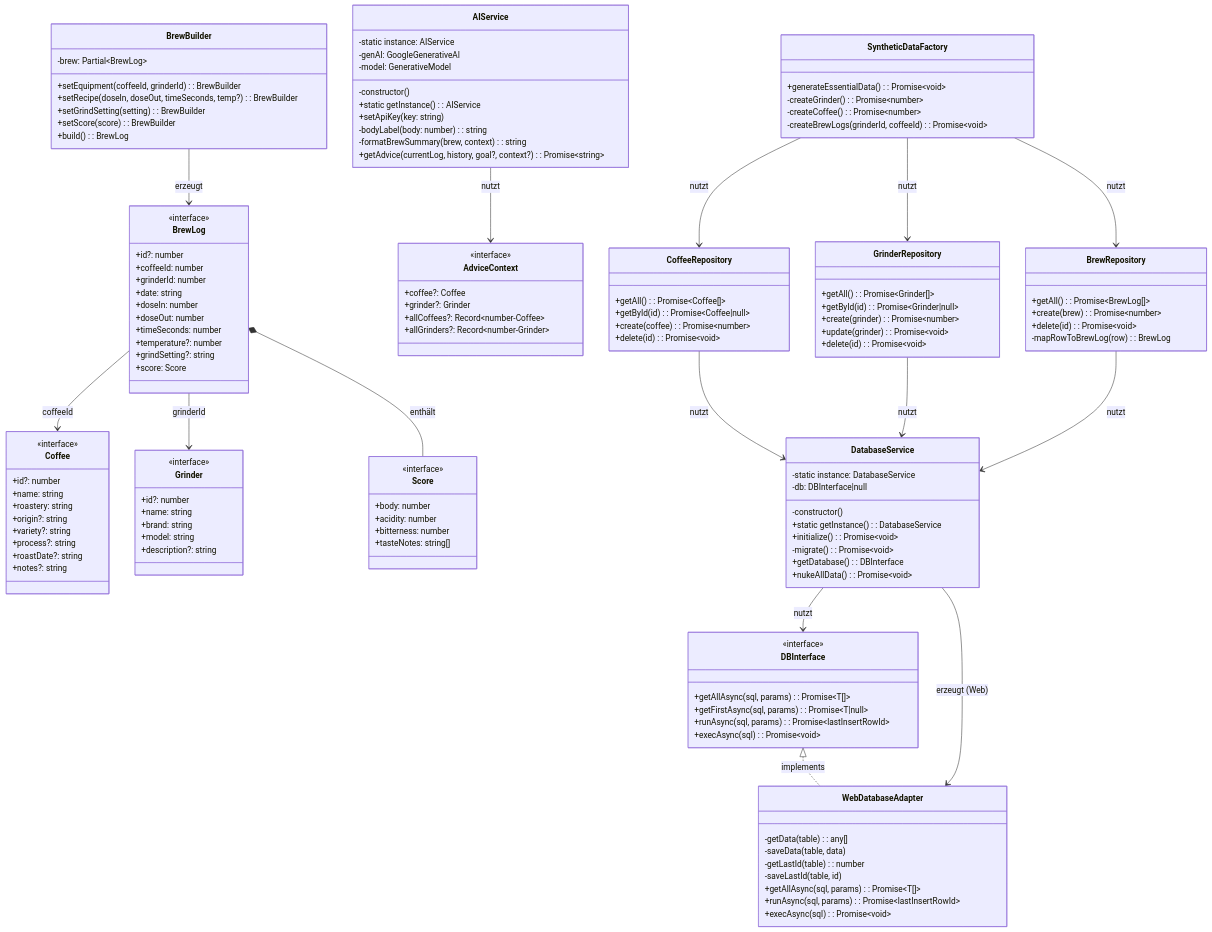
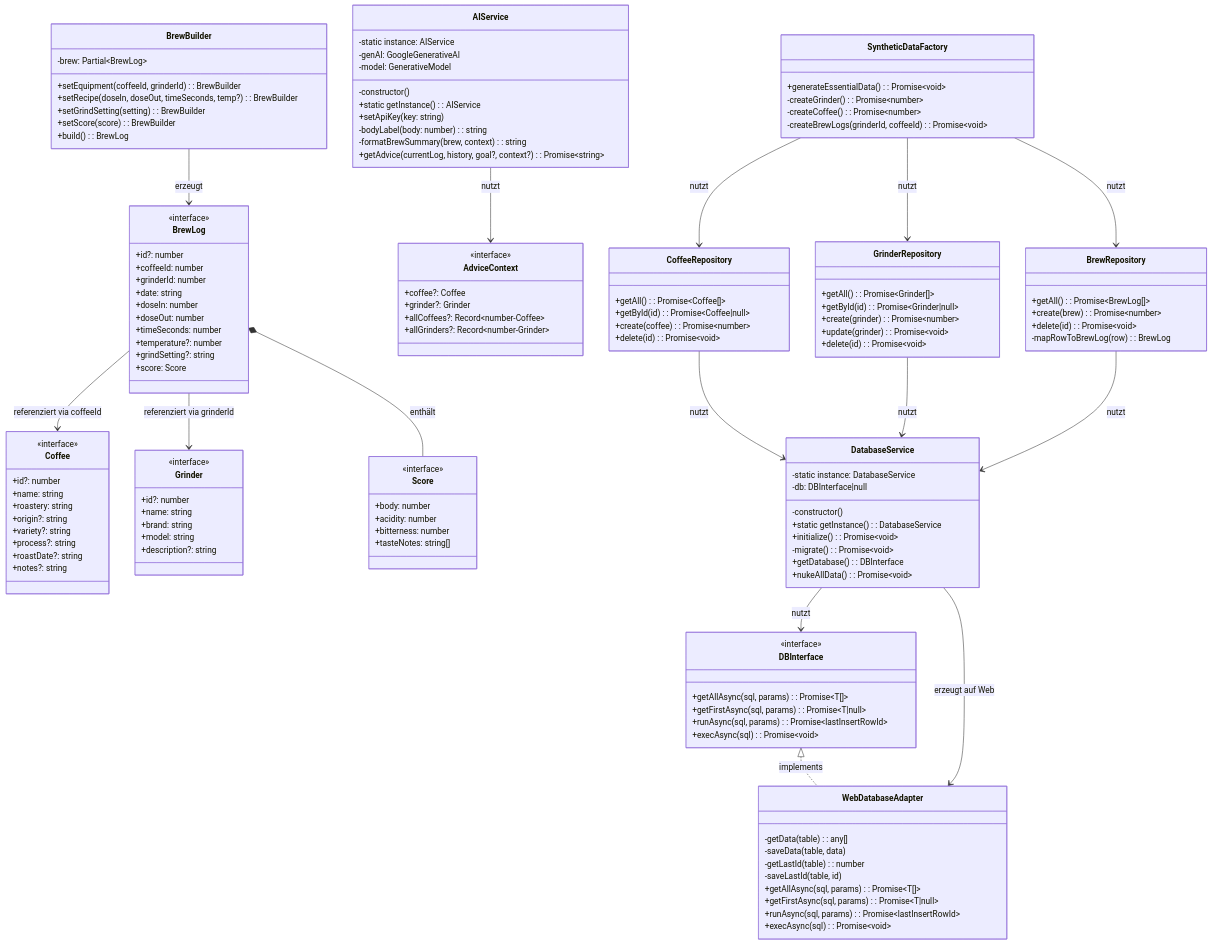
One commit to zobe03/Coffee-app changed the first of 4 diagrams in README.md. Above: the diagram before and after it, drawn with Mermaid. The commit also changed other lines of this file, not shown here.

```diff
--- a/README.md
+++ b/README.md
@@ -285,6 +319,7 @@
         -getLastId(table): number
         -saveLastId(table, id)
         +getAllAsync(sql, params): Promise~T[]~
+        +getFirstAsync(sql, params): Promise~T|null~
         +runAsync(sql, params): Promise~lastInsertRowId~
         +execAsync(sql): Promise~void~
     }
@@ -359,12 +394,12 @@
     }
 
     BrewLog *-- Score : enthält
-    BrewLog --> Coffee : coffeeId
-    BrewLog --> Grinder : grinderId
+    BrewLog --> Coffee : referenziert via coffeeId
+    BrewLog --> Grinder : referenziert via grinderId
 
     DBInterface <|.. WebDatabaseAdapter : implements
     DatabaseService --> DBInterface : nutzt
-    DatabaseService --> WebDatabaseAdapter : erzeugt (Web)
+    DatabaseService --> WebDatabaseAdapter : erzeugt auf Web
 
     CoffeeRepository --> DatabaseService : nutzt
     GrinderRepository --> DatabaseService : nutzt
```
